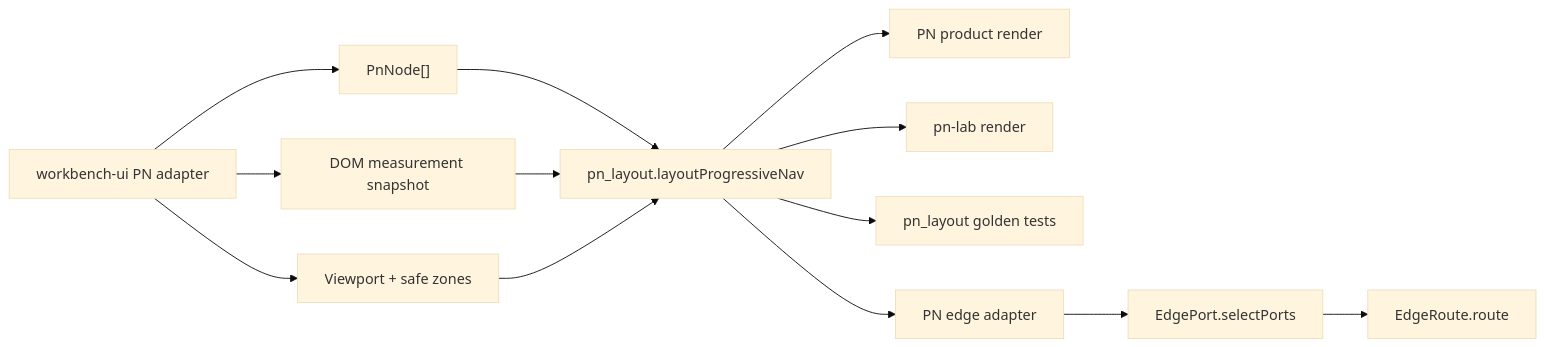
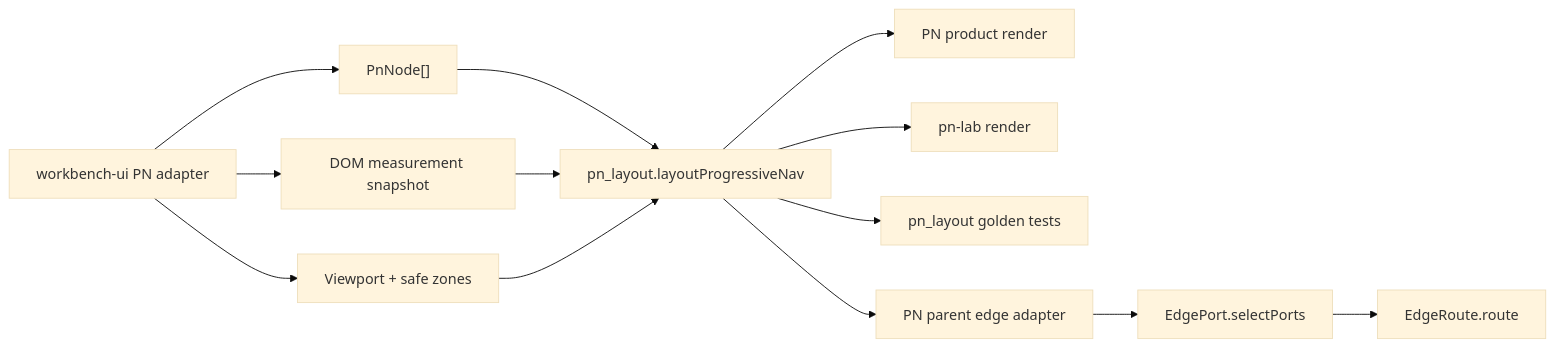
The diagram in .kiro/specs/progressive-nav-seam/design.md (akaghef/M3E), drawn with Mermaid (base theme) before and after one commit. The commit also changed other lines of this file and 162 other files, not shown here.

Commit message:
Use edge as the general term for lines, parent edge for parent-to-child lines and relation edge for lines outside the tree, across documents, skills and MCP descriptions.

````diff
--- a/.kiro/specs/progressive-nav-seam/design.md
+++ b/.kiro/specs/progressive-nav-seam/design.md
@@ -66,15 +66,15 @@
 ```mermaid
 flowchart LR
   Product["workbench-ui PN adapter"] --> Measure["DOM measurement snapshot"]
   Product --> Nodes["PnNode[]"]
   Product --> Viewport["Viewport + safe zones"]
   Nodes --> Layout["pn_layout.layoutProgressiveNav"]
   Measure --> Layout
   Viewport --> Layout
   Layout --> ProductRender["PN product render"]
   Layout --> Lab["pn-lab render"]
   Layout --> Golden["pn_layout golden tests"]
-  Layout --> Adapter["PN edge adapter"]
+  Layout --> Adapter["PN parent edge adapter"]
   Adapter --> EdgePort["EdgePort.selectPorts"]
   EdgePort --> EdgeRoute["EdgeRoute.route"]
 ```
````
